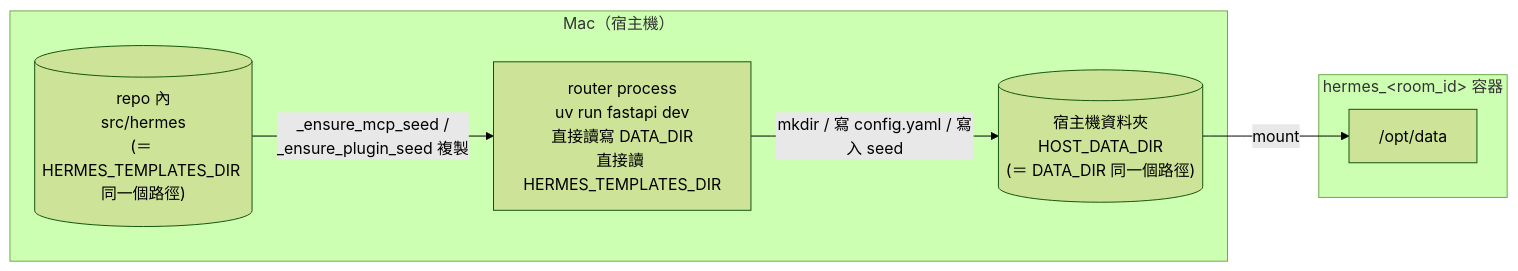
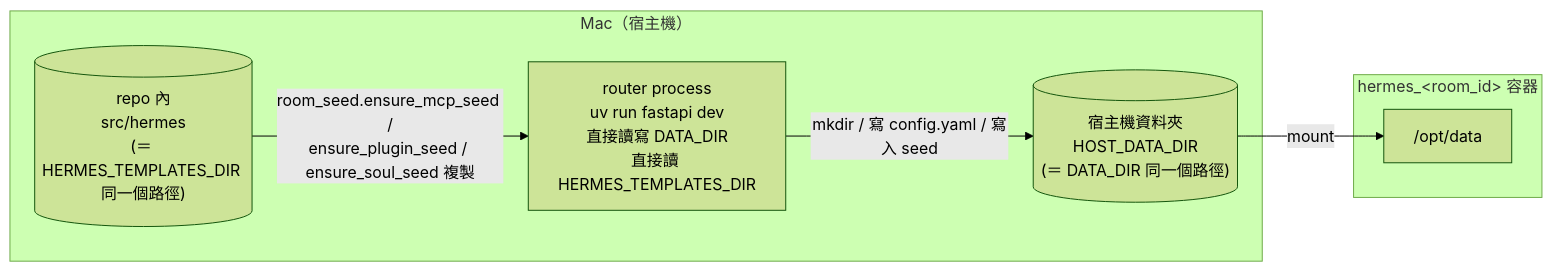
The second of 2 diagrams in docs/env-data-paths.md (marychouchou/alice-office), drawn with Mermaid (forest theme) before and after one commit. The commit also changed other lines of this file and 28 other files, not shown here.

First line of the commit message:
feat(hermes): seed a per-room SOUL.md enterprise-assistant persona

````diff
--- a/docs/env-data-paths.md
+++ b/docs/env-data-paths.md
@@ -128,16 +131,16 @@
 ```mermaid
 graph LR
     subgraph Host["Mac（宿主機）"]
         RouterProc["router process<br/>uv run fastapi dev<br/>直接讀寫 DATA_DIR<br/>直接讀 HERMES_TEMPLATES_DIR"]
         HostData[("宿主機資料夾<br/>HOST_DATA_DIR<br/>(＝ DATA_DIR 同一個路徑)")]
         Templates[("repo 內<br/>src/hermes<br/>(＝ HERMES_TEMPLATES_DIR 同一個路徑)")]
     end
 
     subgraph HermesC["hermes_&lt;room_id&gt; 容器"]
         OptData["/opt/data"]
     end
 
-    Templates -- "_ensure_mcp_seed /<br/>_ensure_plugin_seed 複製" --> RouterProc
+    Templates -- "room_seed.ensure_mcp_seed /<br/>ensure_plugin_seed / ensure_soul_seed 複製" --> RouterProc
     RouterProc -- "mkdir / 寫 config.yaml / 寫入 seed" --> HostData
     HostData -- mount --> OptData
 ```
````
